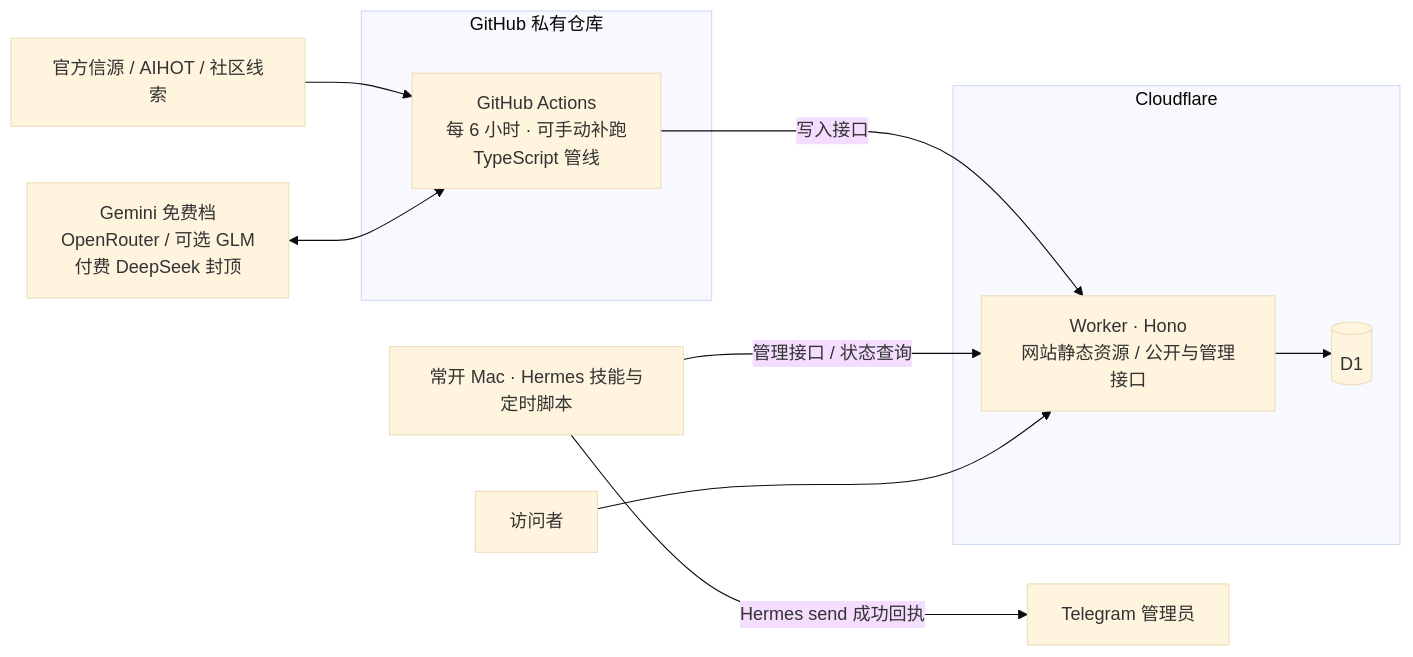
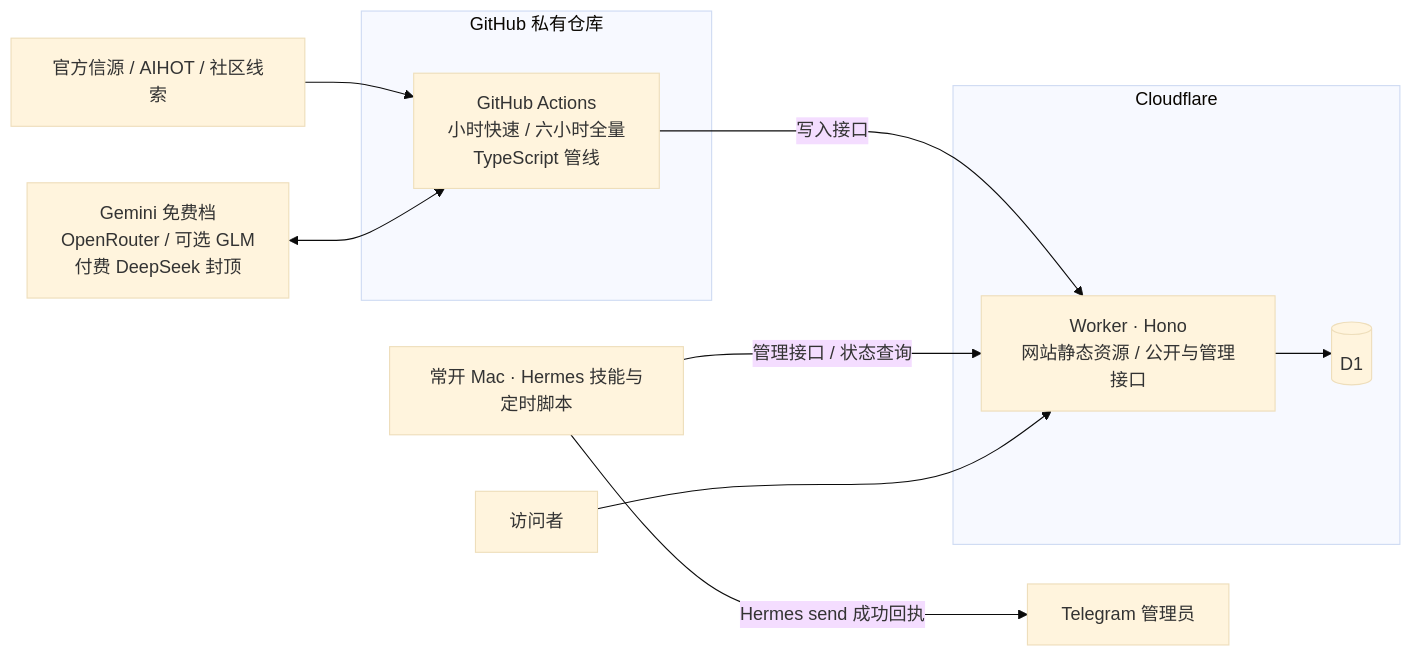
One commit to 552385743265hb-code/ai-yangmao changed the second of 2 diagrams in docs/design.md. Above: the diagram before and after it, drawn with Mermaid (base theme). The commit also changed other lines of this file and 23 other files, not shown here.

````diff
--- a/docs/design.md
+++ b/docs/design.md
@@ -181,16 +168,16 @@
 ```mermaid
 flowchart LR
   subgraph GH[GitHub 私有仓库]
-    A[GitHub Actions<br/>每 6 小时 · 可手动补跑<br/>TypeScript 管线]
+    A[GitHub Actions<br/>小时快速 / 六小时全量<br/>TypeScript 管线]
   end
   subgraph CF[Cloudflare]
     W[Worker · Hono<br/>网站静态资源 / 公开与管理接口]
     D[(D1)]
   end
   S[官方信源 / AIHOT / 社区线索] --> A
   L[Gemini 免费档<br/>OpenRouter / 可选 GLM<br/>付费 DeepSeek 封顶] <--> A
   A -->|写入接口| W --> D
   H[常开 Mac · Hermes 技能与定时脚本] -->|管理接口 / 状态查询| W
   H -->|Hermes send 成功回执| T[Telegram 管理员]
   U[访问者] --> W
 ```
````
